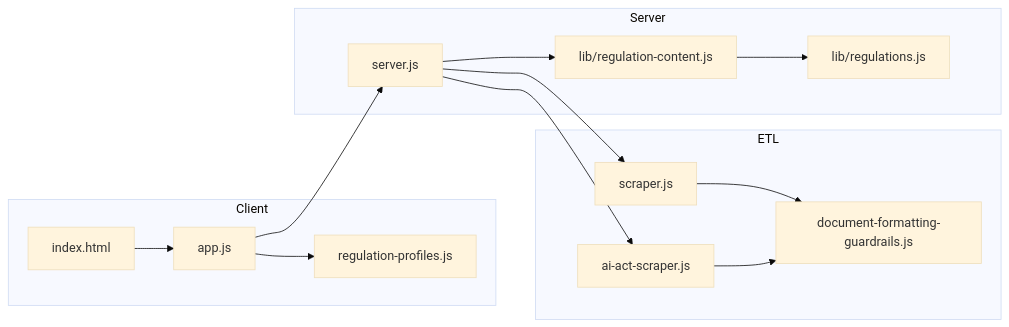
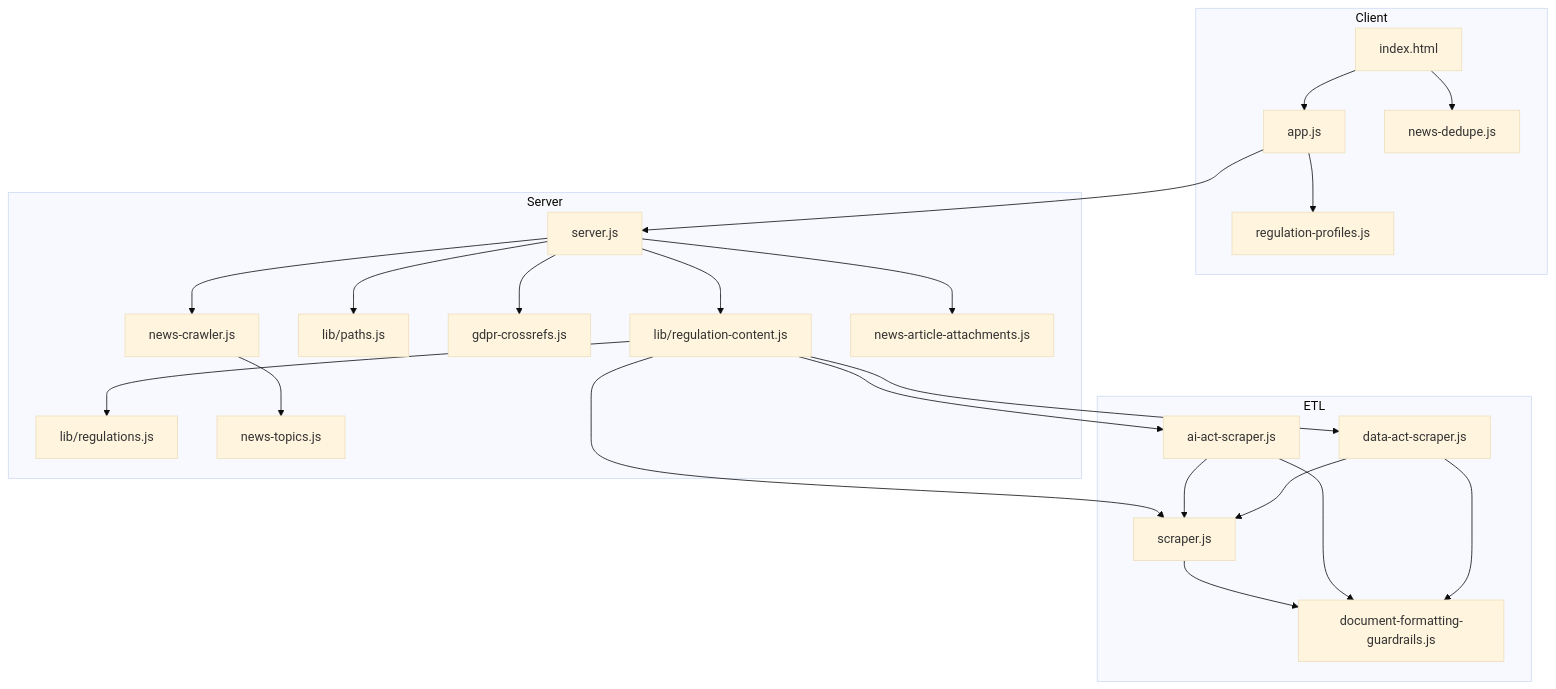
Before and after one commit to RifqiMT/gdpr-qa-platform: the diagram in docs/SOURCE_CODE_INVENTORY.md, drawn with Mermaid (base theme). The commit also changed other lines of this file and 38 other files, not shown here.

````diff
--- a/docs/SOURCE_CODE_INVENTORY.md
+++ b/docs/SOURCE_CODE_INVENTORY.md
@@ -106,25 +192,41 @@
 ```mermaid
-flowchart LR
+flowchart TB
   subgraph Client
     HTML[index.html]
     APP[app.js]
     PROF[regulation-profiles.js]
+    DEDUPE[news-dedupe.js]
   end
   subgraph Server
     SRV[server.js]
     LIB[lib/regulation-content.js]
     REG[lib/regulations.js]
+    PATHS[lib/paths.js]
+    XREF[gdpr-crossrefs.js]
+    NEWS[news-crawler.js]
+    TOPICS[news-topics.js]
+    ATT[news-article-attachments.js]
   end
   subgraph ETL
     SCR[scraper.js]
     AIS[ai-act-scraper.js]
+    DAS[data-act-scraper.js]
     DG[document-formatting-guardrails.js]
   end
   HTML --> APP --> PROF
+  HTML --> DEDUPE
   APP --> SRV
   SRV --> LIB --> REG
-  SRV --> SCR
-  SRV --> AIS
+  SRV --> PATHS
+  SRV --> XREF
+  SRV --> NEWS --> TOPICS
+  SRV --> ATT
+  LIB --> SCR
+  LIB --> AIS
+  LIB --> DAS
   SCR --> DG
   AIS --> DG
+  DAS --> DG
+  AIS --> SCR
+  DAS --> SCR
 ```
````
